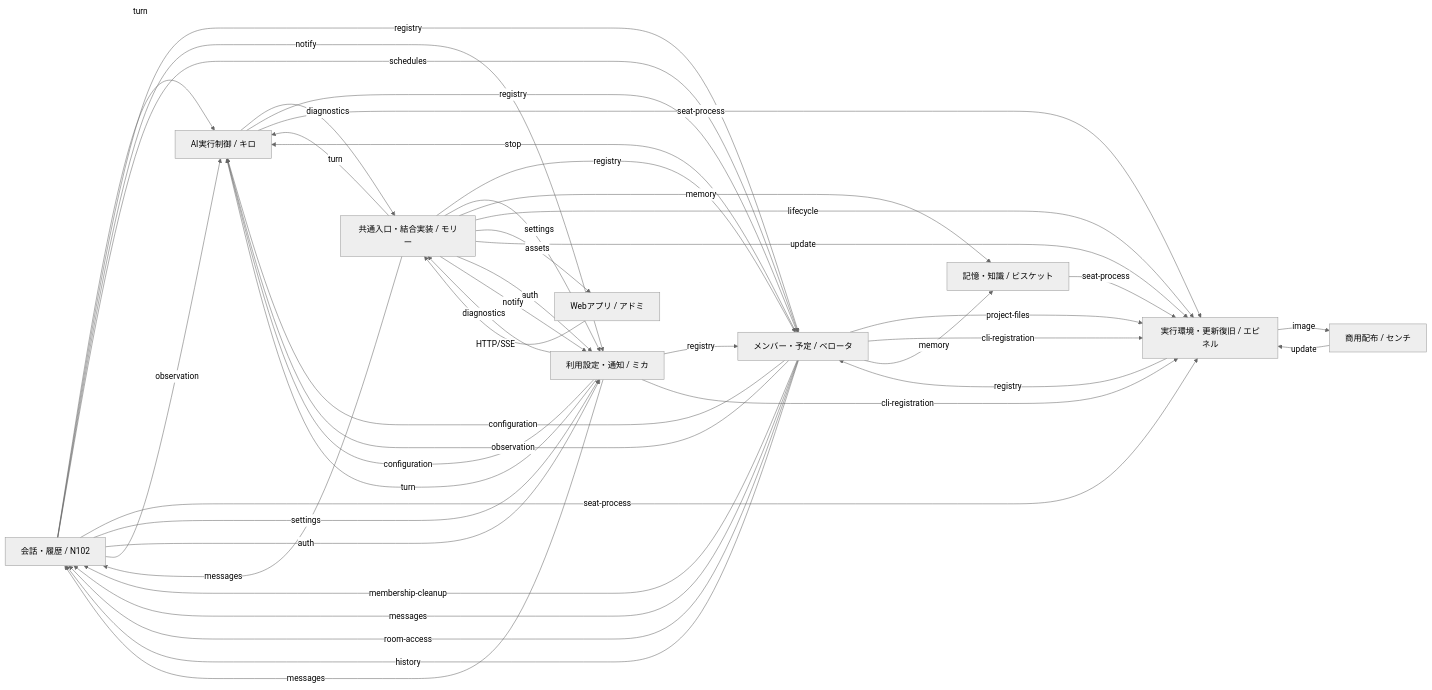
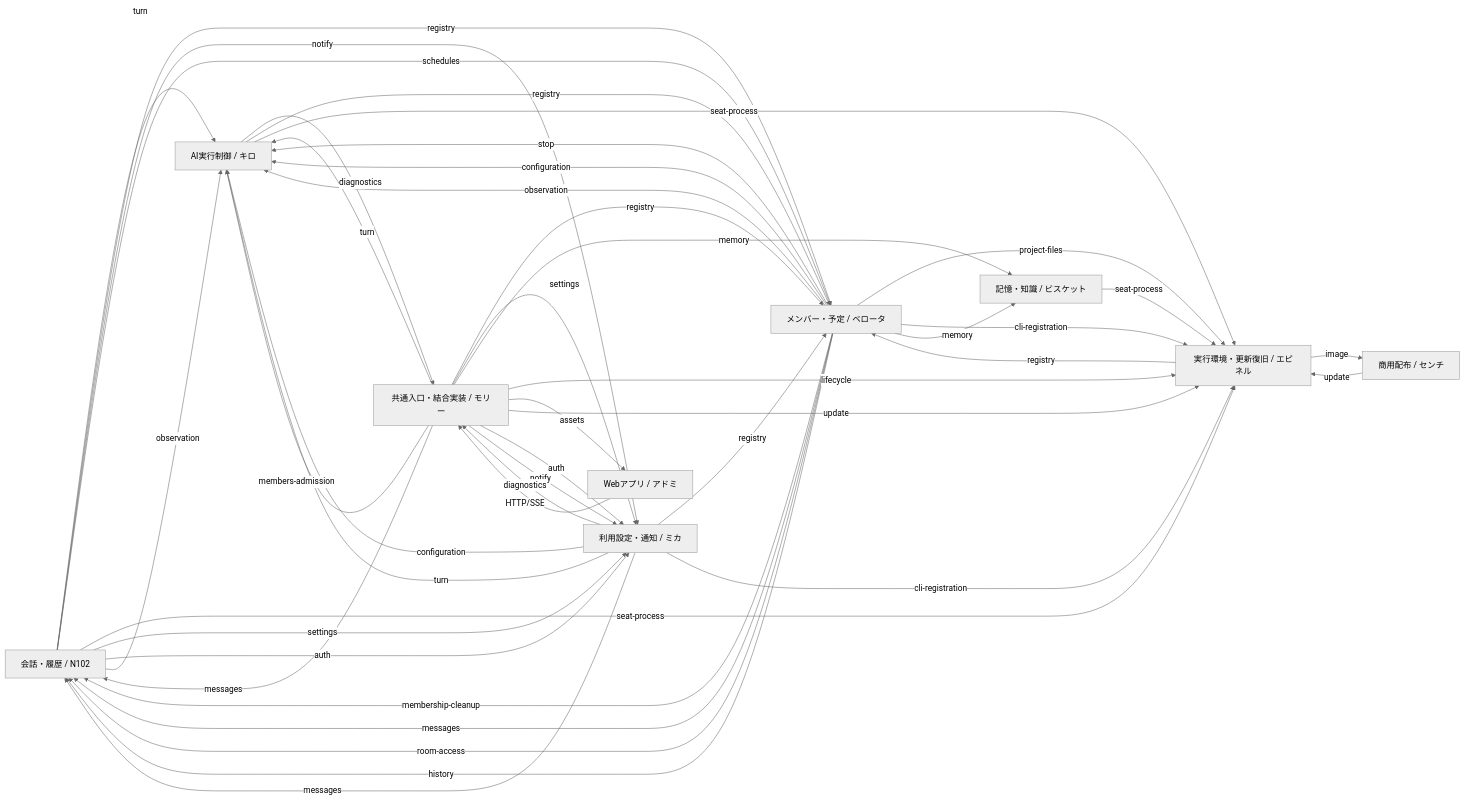
One commit to kitepon/BellTeam changed the first of 2 diagrams in docs/architecture/feature-map.md. Above: the diagram before and after it, drawn with Mermaid (neutral theme). The commit also changed 6 other files, not shown here.

````diff
--- a/docs/architecture/feature-map.md
+++ b/docs/architecture/feature-map.md
@@ -11,54 +11,55 @@
 ```mermaid
 flowchart LR
   m_conversation["会話・履歴 / N102"]
   m_distribution["商用配布 / センチ"]
   m_execution["AI実行制御 / キロ"]
   m_integration["共通入口・結合実装 / モリー"]
   m_members["メンバー・予定 / ベロータ"]
   m_memory["記憶・知識 / ビスケット"]
   m_runtime["実行環境・更新復旧 / エピネル"]
   m_usage["利用設定・通知 / ミカ"]
   m_web["Webアプリ / アドミ"]
   m_conversation -->|"turn"| m_execution
   m_conversation -->|"registry"| m_members
   m_conversation -->|"notify"| m_usage
   m_conversation -->|"schedules"| m_members
   m_conversation -->|"seat-process"| m_runtime
   m_conversation -->|"settings"| m_usage
   m_conversation -->|"auth"| m_usage
   m_conversation -->|"observation"| m_execution
   m_distribution -->|"update"| m_runtime
   m_execution -->|"diagnostics"| m_integration
   m_execution -->|"registry"| m_members
   m_execution -->|"seat-process"| m_runtime
   m_integration -->|"turn"| m_execution
   m_integration -->|"messages"| m_conversation
   m_integration -->|"registry"| m_members
   m_integration -->|"settings"| m_usage
   m_integration -->|"memory"| m_memory
   m_integration -->|"lifecycle"| m_runtime
   m_integration -->|"assets"| m_web
   m_integration -->|"update"| m_runtime
   m_integration -->|"auth"| m_usage
   m_integration -->|"notify"| m_usage
+  m_integration -->|"members-admission"| m_execution
   m_members -->|"stop"| m_execution
   m_members -->|"project-files"| m_runtime
   m_members -->|"cli-registration"| m_runtime
   m_members -->|"membership-cleanup"| m_conversation
   m_members -->|"messages"| m_conversation
   m_members -->|"memory"| m_memory
   m_members -->|"room-access"| m_conversation
   m_members -->|"configuration"| m_execution
   m_members -->|"observation"| m_execution
   m_members -->|"history"| m_conversation
   m_memory -->|"seat-process"| m_runtime
   m_runtime -->|"registry"| m_members
   m_runtime -->|"image"| m_distribution
   m_usage -->|"registry"| m_members
   m_usage -->|"messages"| m_conversation
   m_usage -->|"cli-registration"| m_runtime
   m_usage -->|"diagnostics"| m_integration
   m_usage -->|"configuration"| m_execution
   m_usage -->|"turn"| m_execution
   m_web -->|"HTTP/SSE"| m_integration
 ```
````
